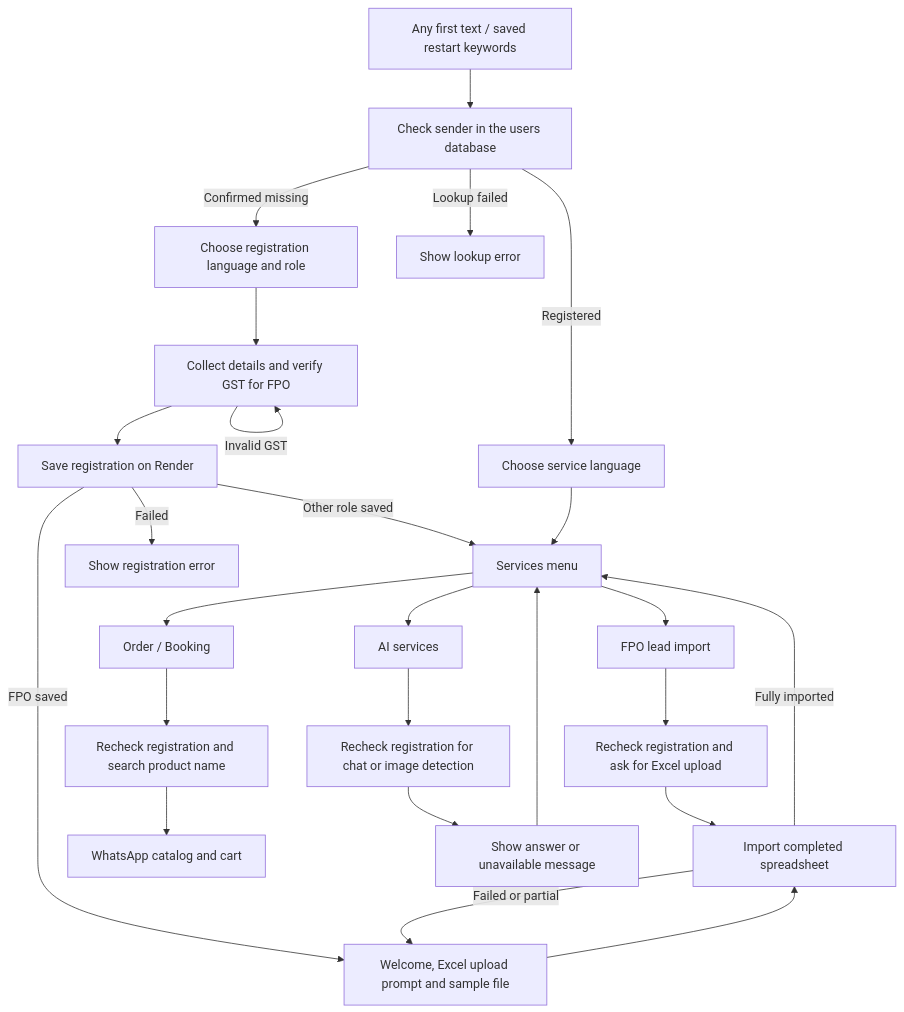
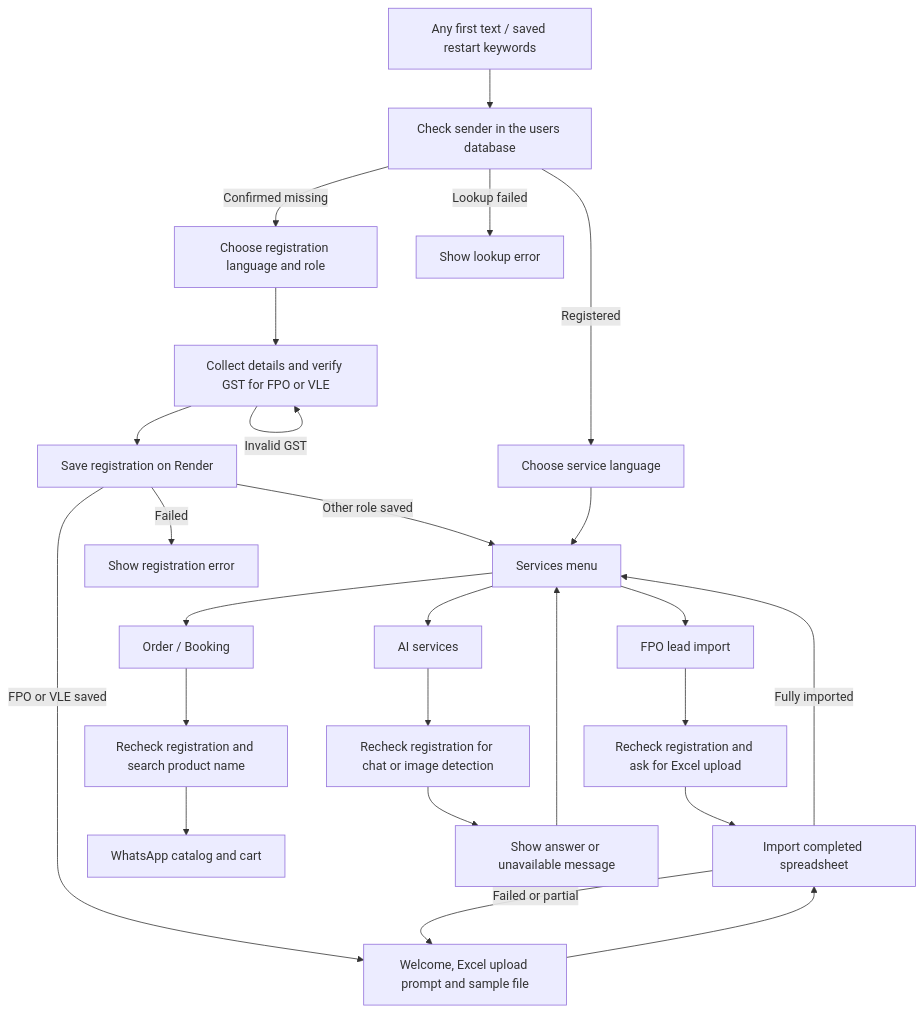
The diagram in docs/unified-chatbot-flow.md (Krishivan9900/console_api), drawn with Mermaid before and after one commit. The commit also changed other lines of this file and 18 other files, not shown here.

````diff
--- a/docs/unified-chatbot-flow.md
+++ b/docs/unified-chatbot-flow.md
@@ -5,27 +5,27 @@
 ```mermaid
 flowchart TD
   A[Any first text / saved restart keywords] --> B[Check sender in the users database]
   B -->|Registered| C[Choose service language]
   B -->|Confirmed missing| D[Choose registration language and role]
   B -->|Lookup failed| E[Show lookup error]
-  D --> F[Collect details and verify GST for FPO]
+  D --> F[Collect details and verify GST for FPO or VLE]
   F -->|Invalid GST| F
   F --> G[Save registration on Render]
-  G -->|FPO saved| U[Welcome, Excel upload prompt and sample file]
+  G -->|FPO or VLE saved| U[Welcome, Excel upload prompt and sample file]
   U --> V[Import completed spreadsheet]
   V -->|Fully imported| H[Services menu]
   V -->|Failed or partial| U
   G -->|Other role saved| H
   G -->|Failed| I[Show registration error]
   C --> H
   H --> J[Order / Booking]
   H --> K[AI services]
   H --> L[FPO lead import]
   J --> M[Recheck registration and search product name]
   M --> N[WhatsApp catalog and cart]
   K --> O[Recheck registration for chat or image detection]
   O --> P[Show answer or unavailable message]
   P --> H
   L --> Q[Recheck registration and ask for Excel upload]
   Q --> V
 ```
````
